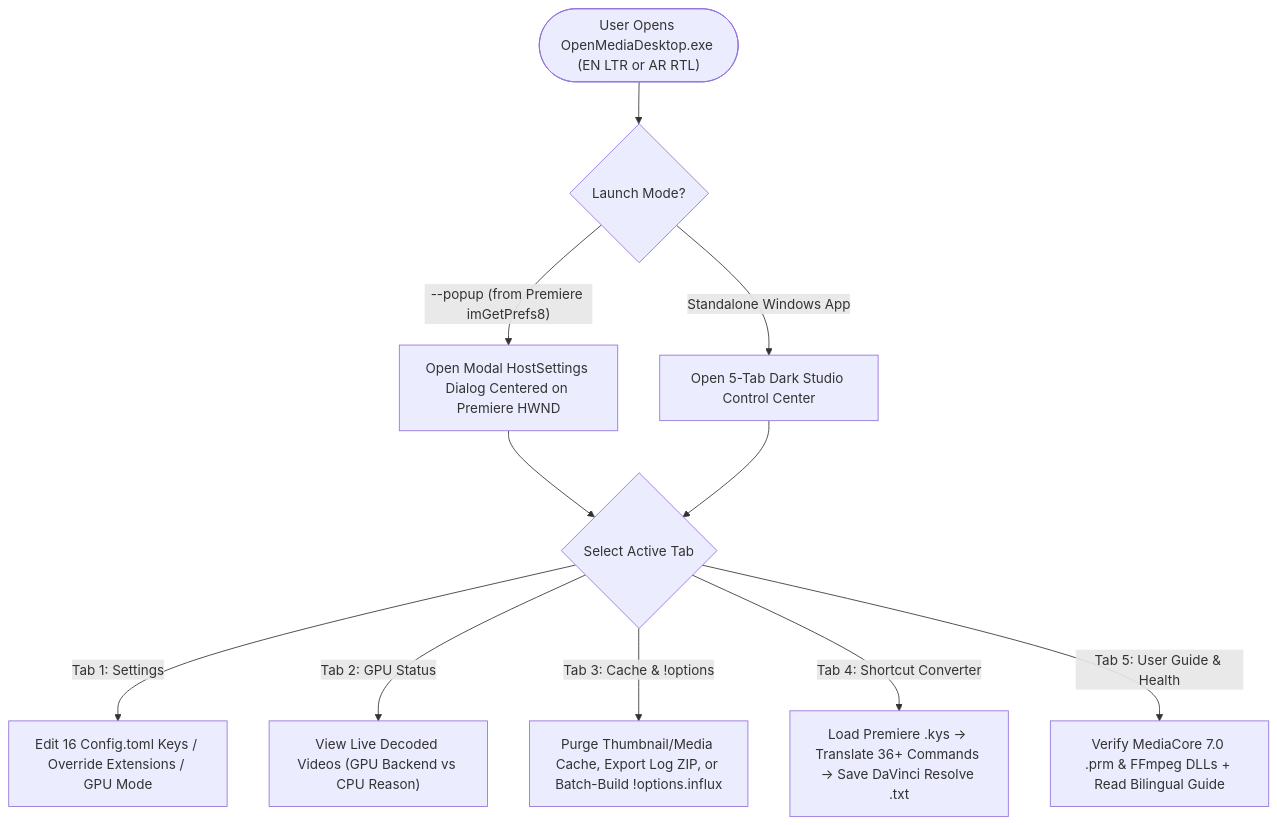
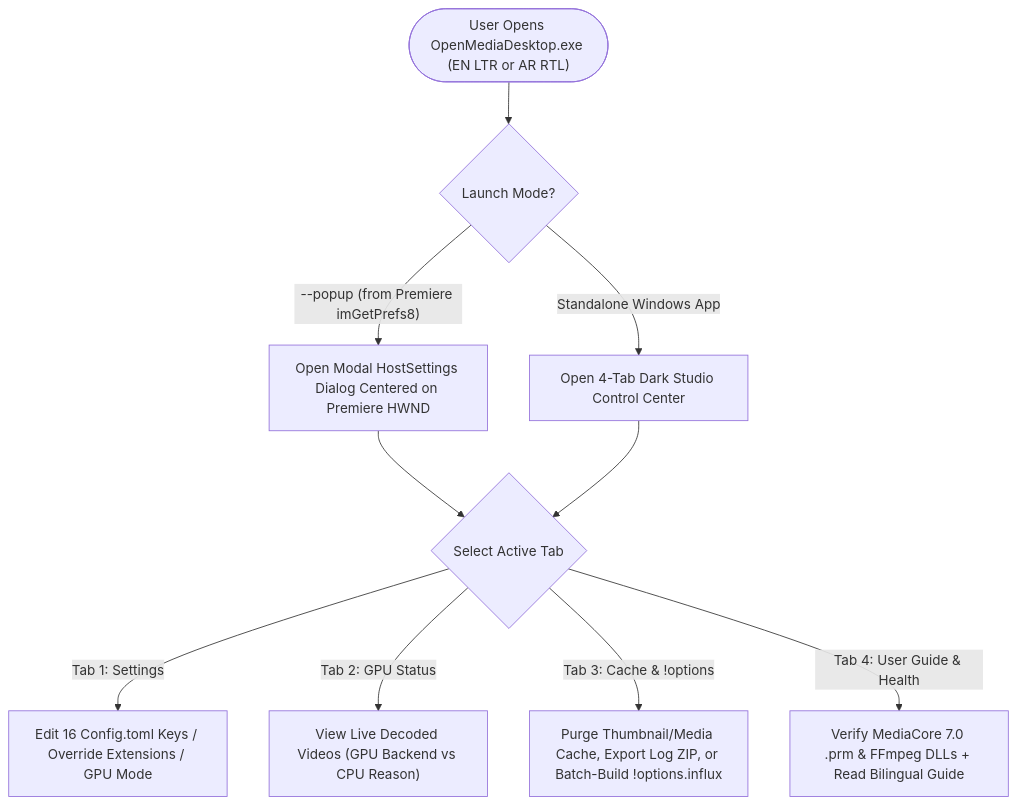
Before and after one commit to abdelrazekwork72-beep/AV1: the diagram in docs/user-stories/module-5-desktop-control-center/us-5.2.0-cache-diagnostics-modifiers-and-shortcut-converter.md, drawn with Mermaid. The commit also changed other lines of this file and 2 other files, not shown here.

Commit message:
docs(v3.0.0): remove Premiere-to-DaVinci shortcut converter from Roadmap and Module 5 specs

````diff
--- a/docs/user-stories/module-5-desktop-control-center/us-5.2.0-cache-diagnostics-modifiers-and-shortcut-converter.md
+++ b/docs/user-stories/module-5-desktop-control-center/us-5.2.0-cache-diagnostics-modifiers-and-shortcut-converter.md
@@ -83,15 +66,14 @@
 ```mermaid
 flowchart TD
     Start(["User Opens OpenMediaDesktop.exe (EN LTR or AR RTL)"]) --> Mode{"Launch Mode?"}
     Mode -->|"--popup (from Premiere imGetPrefs8)"| Popup["Open Modal HostSettings Dialog Centered on Premiere HWND"]
-    Mode -->|"Standalone Windows App"| MainWin["Open 5-Tab Dark Studio Control Center"]
+    Mode -->|"Standalone Windows App"| MainWin["Open 4-Tab Dark Studio Control Center"]
 
     Popup --> Tabs
     MainWin --> Tabs{"Select Active Tab"}
 
     Tabs -->|"Tab 1: Settings"| Tab1["Edit 16 Config.toml Keys / Override Extensions / GPU Mode"]
     Tabs -->|"Tab 2: GPU Status"| Tab2["View Live Decoded Videos (GPU Backend vs CPU Reason)"]
     Tabs -->|"Tab 3: Cache & !options"| Tab3["Purge Thumbnail/Media Cache, Export Log ZIP, or Batch-Build !options.influx"]
-    Tabs -->|"Tab 4: Shortcut Converter"| Tab4["Load Premiere .kys -> Translate 36+ Commands -> Save DaVinci Resolve .txt"]
-    Tabs -->|"Tab 5: User Guide & Health"| Tab5["Verify MediaCore 7.0 .prm & FFmpeg DLLs + Read Bilingual Guide"]
+    Tabs -->|"Tab 4: User Guide & Health"| Tab4["Verify MediaCore 7.0 .prm & FFmpeg DLLs + Read Bilingual Guide"]
 ```
````
